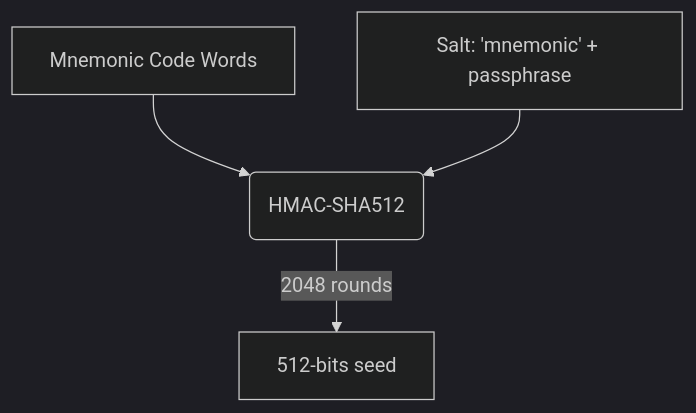
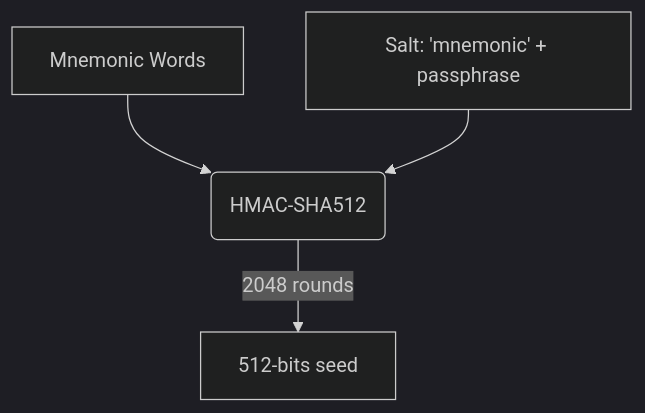
The second of 2 diagrams in Bitcoin.md (leon-fly/stackedit), drawn with Mermaid (dark theme) before and after one commit. The commit also changed other lines of this file, not shown here.

````diff
--- a/Bitcoin.md
+++ b/Bitcoin.md
@@ -106,11 +107,11 @@
 ```mermaid
 graph TB
-A[Mnemonic Code Words]
+A[Mnemonic Words]
 B[Salt: 'mnemonic' + passphrase]
 C(HMAC-SHA512)
 D[512-bits seed]
 A --> C
 B --> C
 C --> |2048 rounds|D
 
 ```
````
